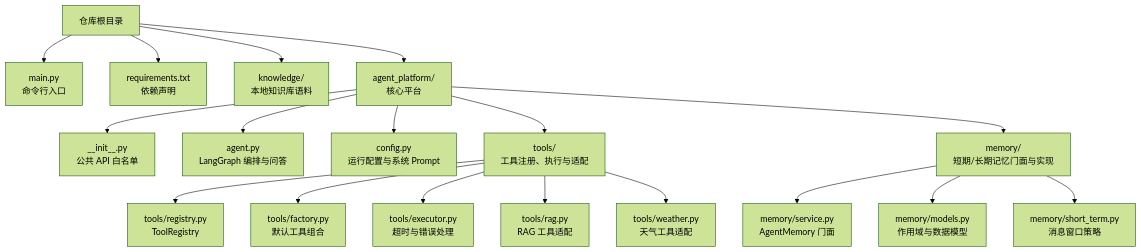
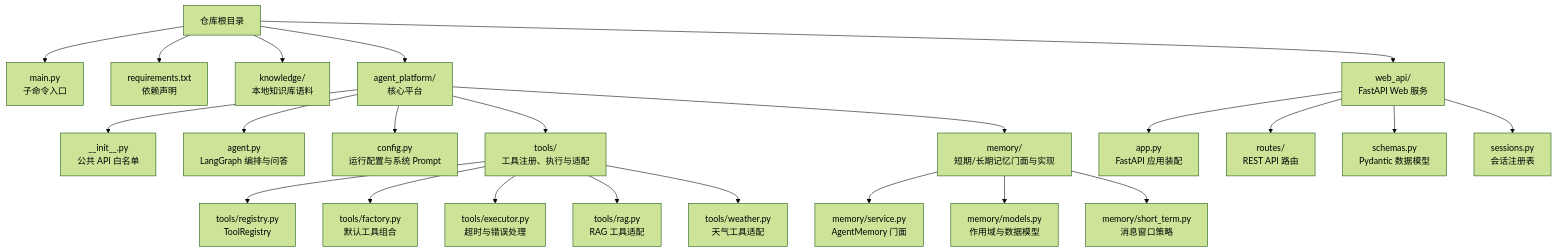
The first of 11 diagrams in .qoder/repowiki/zh/content/项目概述.md (xyx1028/agentHelp), drawn with Mermaid (forest theme) before and after one commit. The commit also changed other lines of this file and 73 other files, not shown here.

````diff
--- a/.qoder/repowiki/zh/content/项目概述.md
+++ b/.qoder/repowiki/zh/content/项目概述.md
@@ -45,20 +58,25 @@
 ```mermaid
 graph TB
-Root["仓库根目录"] --> Main["main.py<br/>命令行入口"]
+Root["仓库根目录"] --> Main["main.py<br/>子命令入口"]
 Root --> Requirements["requirements.txt<br/>依赖声明"]
 Root --> Knowledge["knowledge/<br/>本地知识库语料"]
 Root --> Platform["agent_platform/<br/>核心平台"]
+Root --> WebAPI["web_api/<br/>FastAPI Web 服务"]
 Platform --> Init["__init__.py<br/>公共 API 白名单"]
 Platform --> Agent["agent.py<br/>LangGraph 编排与问答"]
 Platform --> Config["config.py<br/>运行配置与系统 Prompt"]
 Platform --> Tools["tools/<br/>工具注册、执行与适配"]
 Platform --> Memory["memory/<br/>短期/长期记忆门面与实现"]
+WebAPI --> App["app.py<br/>FastAPI 应用装配"]
+WebAPI --> Routes["routes/<br/>REST API 路由"]
+WebAPI --> Schemas["schemas.py<br/>Pydantic 数据模型"]
+WebAPI --> Sessions["sessions.py<br/>会话注册表"]
 Tools --> Registry["tools/registry.py<br/>ToolRegistry"]
 Tools --> Factory["tools/factory.py<br/>默认工具组合"]
 Tools --> Executor["tools/executor.py<br/>超时与错误处理"]
 Tools --> RagTool["tools/rag.py<br/>RAG 工具适配"]
 Tools --> WeatherTool["tools/weather.py<br/>天气工具适配"]
 Memory --> Service["memory/service.py<br/>AgentMemory 门面"]
 Memory --> Models["memory/models.py<br/>作用域与数据模型"]
 Memory --> ShortTerm["memory/short_term.py<br/>消息窗口策略"]
 ```
````
